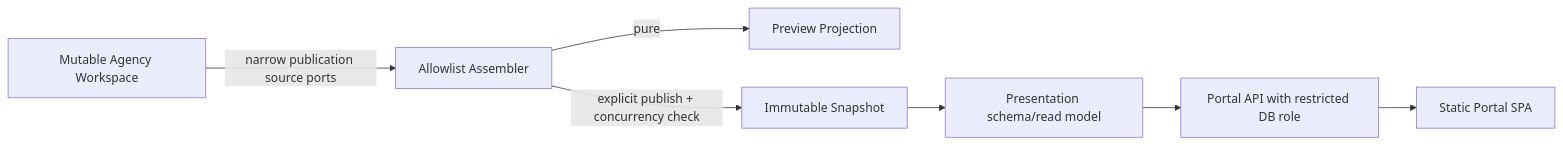
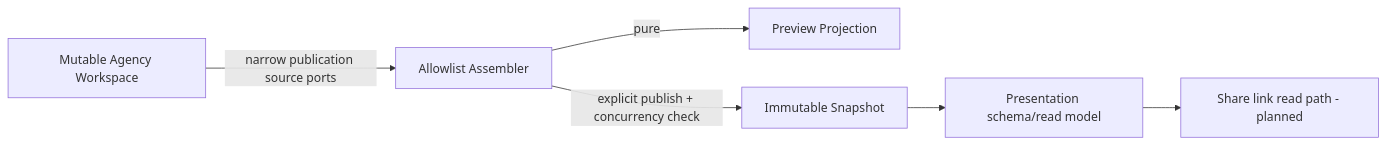
The diagram in docs/PUBLISHING_MODEL.md (ruisilva-bit/TravelOS), drawn with Mermaid before and after one commit. The commit also changed other lines of this file and 166 other files, not shown here.

````diff
--- a/docs/PUBLISHING_MODEL.md
+++ b/docs/PUBLISHING_MODEL.md
@@ -12,9 +12,8 @@
 ```mermaid
 flowchart LR
   W[Mutable Agency Workspace] -->|narrow publication source ports| A[Allowlist Assembler]
   A -->|pure| V[Preview Projection]
   A -->|explicit publish + concurrency check| S[Immutable Snapshot]
   S --> P[Presentation schema/read model]
-  P --> API[Portal API with restricted DB role]
-  API --> UI[Static Portal SPA]
+  P --> SL[Share link read path - planned]
 ```
````
